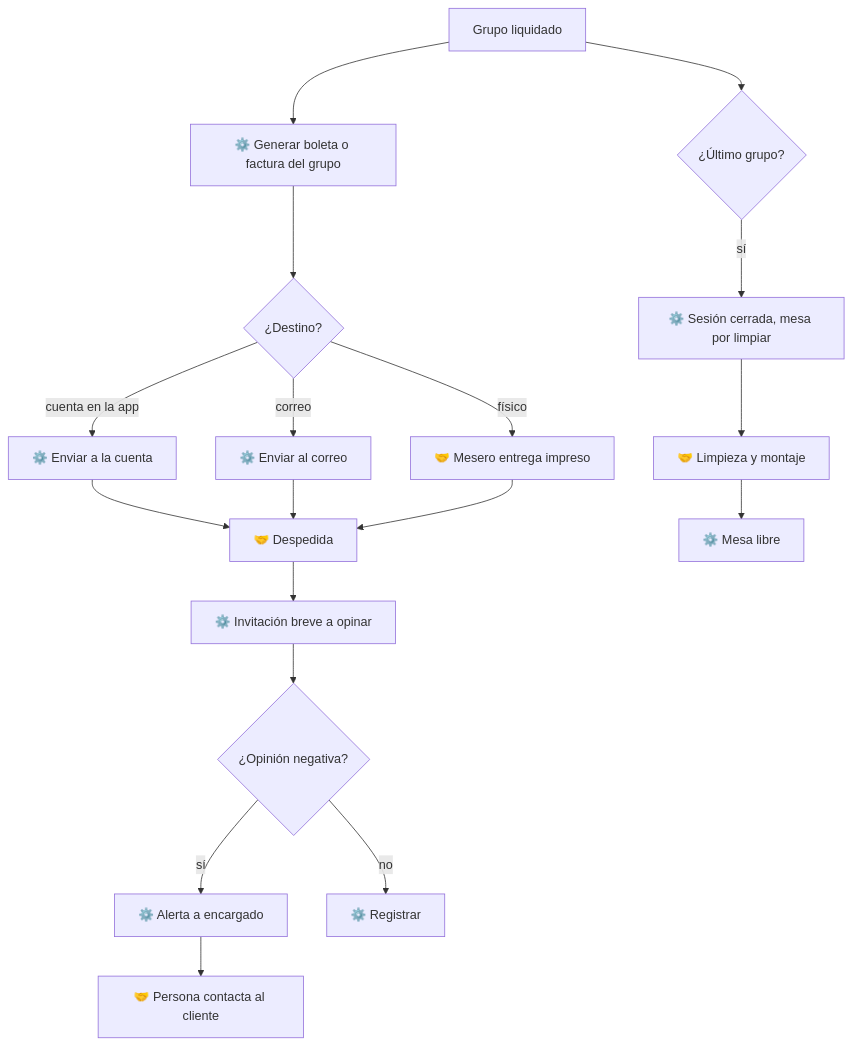
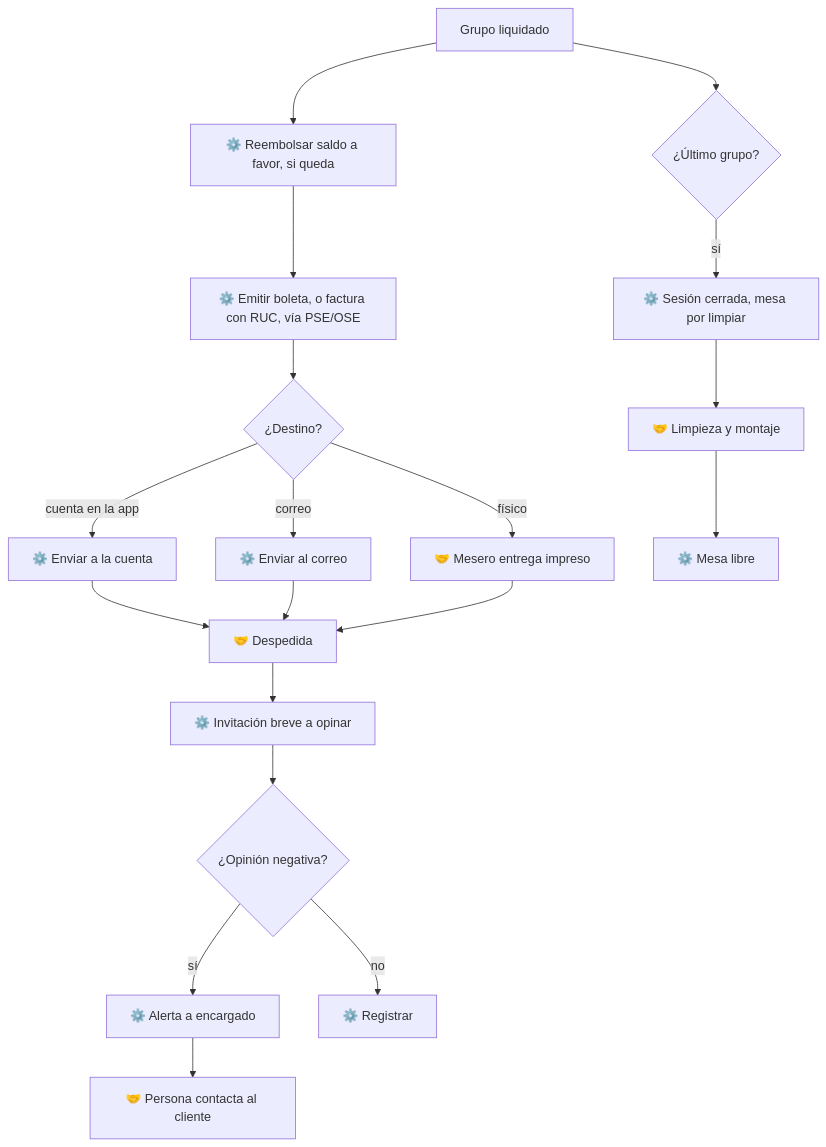
One commit to milkmantree/hungria changed the diagram in docs/flujos/05-cierre-y-comprobantes.md. Above: the diagram before and after it, drawn with Mermaid. The commit also changed other lines of this file and 18 other files, not shown here.

````diff
--- a/docs/flujos/05-cierre-y-comprobantes.md
+++ b/docs/flujos/05-cierre-y-comprobantes.md
@@ -10,20 +10,21 @@
 ```mermaid
 flowchart TD
-    A[Grupo liquidado] --> B[⚙️ Generar boleta o factura del grupo]
+    A[Grupo liquidado] --> R[⚙️ Reembolsar saldo a favor, si queda]
+    R --> B[⚙️ Emitir boleta, o factura con RUC, vía PSE/OSE]
     B --> C{¿Destino?}
     C -- cuenta en la app --> D[⚙️ Enviar a la cuenta]
     C -- correo --> E[⚙️ Enviar al correo]
     C -- físico --> F[🤝 Mesero entrega impreso]
     D --> G[🤝 Despedida]
     E --> G
     F --> G
     G --> H[⚙️ Invitación breve a opinar]
     H --> I{¿Opinión negativa?}
     I -- sí --> J[⚙️ Alerta a encargado]
     J --> K[🤝 Persona contacta al cliente]
     I -- no --> L[⚙️ Registrar]
     A --> M{¿Último grupo?}
     M -- sí --> N[⚙️ Sesión cerrada, mesa por limpiar]
     N --> O[🤝 Limpieza y montaje]
     O --> P[⚙️ Mesa libre]
 ```
````
